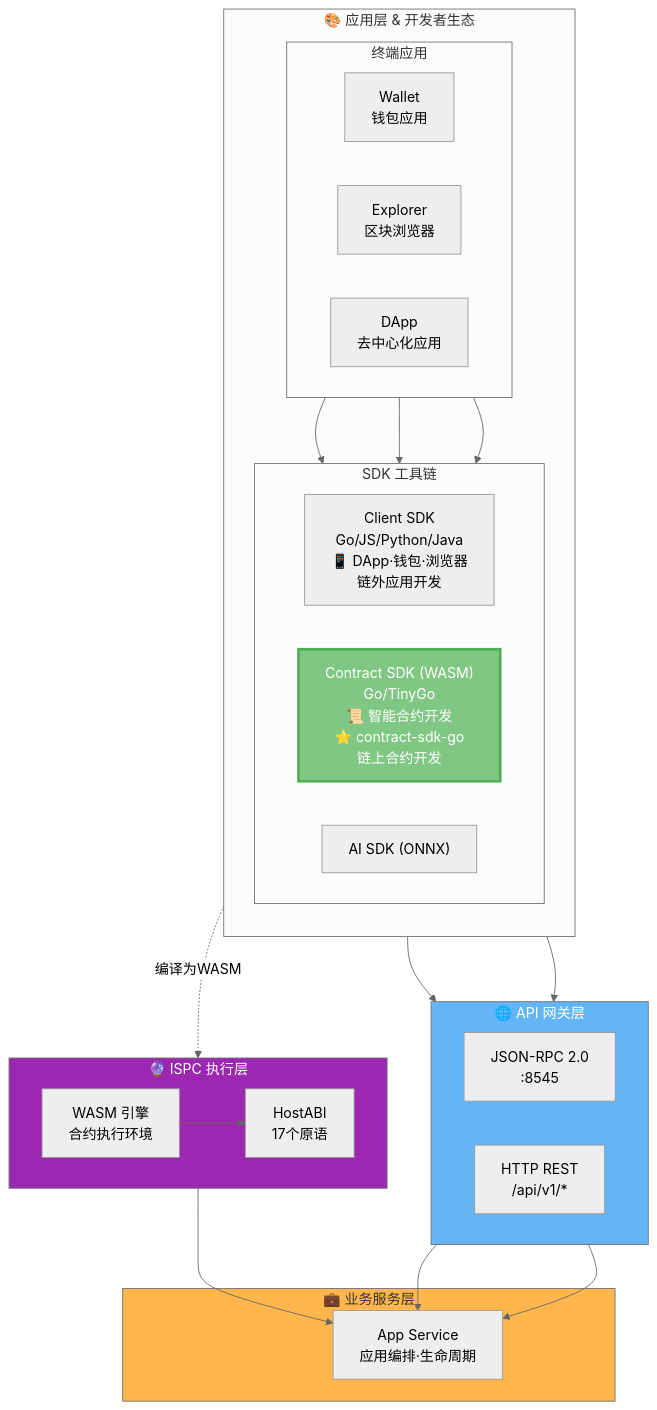
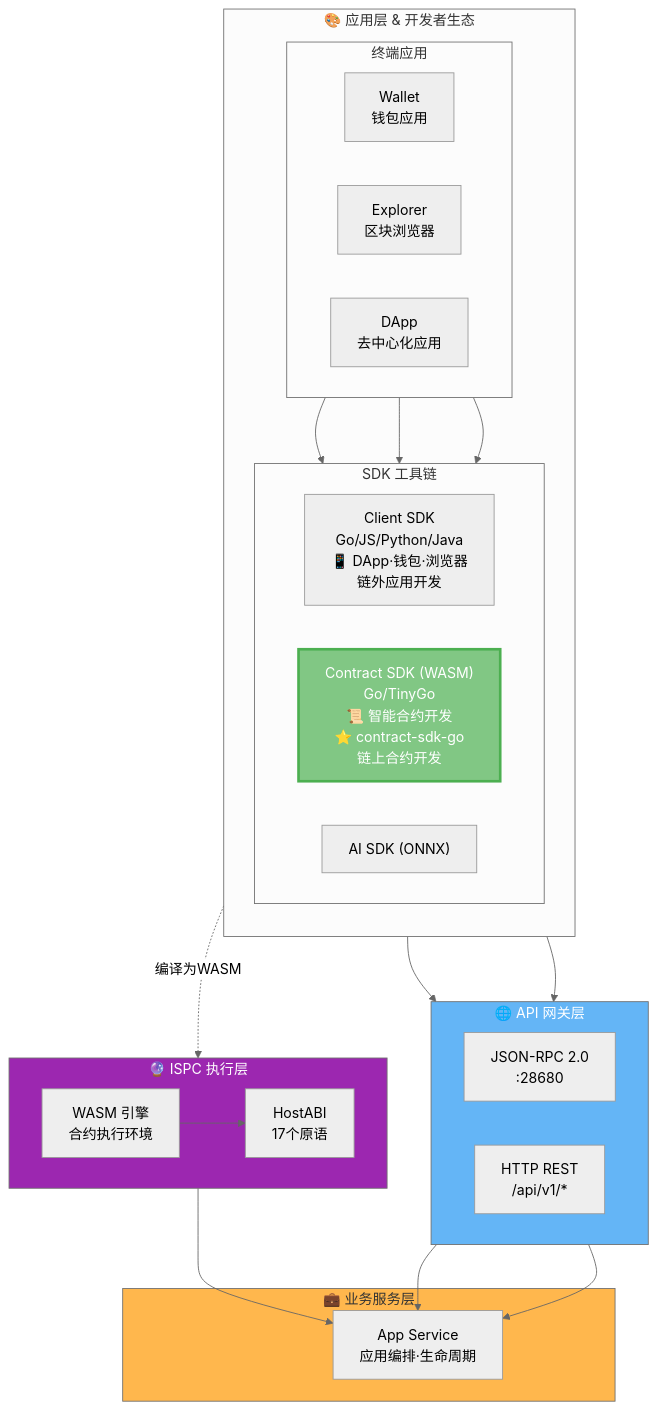
One commit to weisyn/contract-sdk-go changed the first of 2 diagrams in README.md. Above: the diagram before and after it, drawn with Mermaid (neutral theme). The commit also changed 12 other files, not shown here.

````diff
--- a/README.md
+++ b/README.md
@@ -238,53 +238,53 @@
 ```mermaid
 graph TB
     subgraph DEV_ECOSYSTEM["🎨 应用层 & 开发者生态"]
         direction TB
         subgraph SDK_LAYER["SDK 工具链"]
             direction LR
             CLIENT_SDK["Client SDK<br/>Go/JS/Python/Java<br/>📱 DApp·钱包·浏览器<br/>链外应用开发"]
             CONTRACT_SDK["Contract SDK (WASM)<br/>Go/TinyGo<br/>📜 智能合约开发<br/>⭐ contract-sdk-go<br/>链上合约开发"]
             AI_SDK["AI SDK (ONNX)"]
         end
         subgraph END_USER_APPS["终端应用"]
             direction LR
             WALLET_APP["Wallet<br/>钱包应用"]
             EXPLORER["Explorer<br/>区块浏览器"]
             DAPP["DApp<br/>去中心化应用"]
         end
     end
     
     subgraph API_GATEWAY["🌐 API 网关层"]
         direction LR
-        JSONRPC["JSON-RPC 2.0<br/>:8545"]
+        JSONRPC["JSON-RPC 2.0<br/>:28680"]
         HTTP["HTTP REST<br/>/api/v1/*"]
     end
     
     subgraph ISPC_LAYER["🔮 ISPC 执行层"]
         direction LR
         WASM_ENGINE["WASM 引擎<br/>合约执行环境"]
         HOSTABI["HostABI<br/>17个原语"]
     end
     
     subgraph BIZ_LAYER["💼 业务服务层"]
         APP_SVC["App Service<br/>应用编排·生命周期"]
     end
     
     WALLET_APP --> CLIENT_SDK
     EXPLORER --> CLIENT_SDK
     DAPP --> CLIENT_SDK
     
     CLIENT_SDK --> JSONRPC
     CLIENT_SDK --> HTTP
     
     JSONRPC --> APP_SVC
     HTTP --> APP_SVC
     
     CONTRACT_SDK -.编译为WASM.-> WASM_ENGINE
     WASM_ENGINE --> HOSTABI
     HOSTABI --> APP_SVC
     
     style CONTRACT_SDK fill:#81C784,color:#fff,stroke:#4CAF50,stroke-width:3px
     style ISPC_LAYER fill:#9C27B0,color:#fff
     style API_GATEWAY fill:#64B5F6,color:#fff
     style BIZ_LAYER fill:#FFB74D,color:#333
 ```
````
